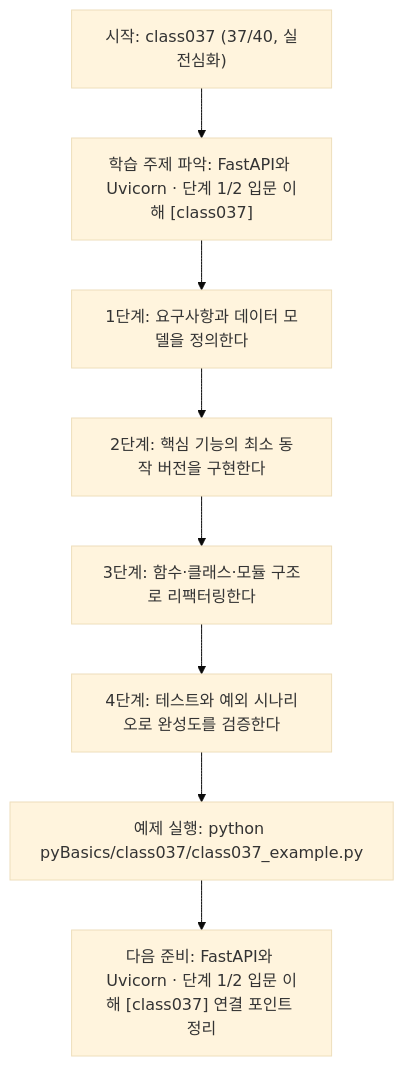
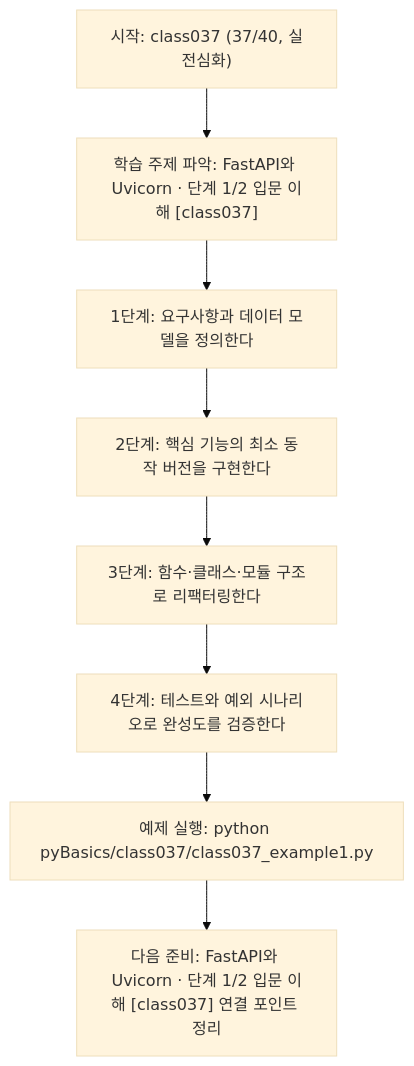
Before and after one commit to edumgt/Python-AI_Agent-Class: the diagram in pyBasics/class037/class037.md, drawn with Mermaid (base theme). The commit also changed other lines of this file and 2959 other files, not shown here.

````diff
--- a/pyBasics/class037/class037.md
+++ b/pyBasics/class037/class037.md
@@ -108,18 +108,18 @@
 ```mermaid
 flowchart TD
 N1["시작: class037 (37/40, 실전심화)"]
 N2["학습 주제 파악: FastAPI와 Uvicorn · 단계 1/2 입문 이해 [class037]"]
 N3["1단계: 요구사항과 데이터 모델을 정의한다"]
 N4["2단계: 핵심 기능의 최소 동작 버전을 구현한다"]
 N5["3단계: 함수·클래스·모듈 구조로 리팩터링한다"]
 N6["4단계: 테스트와 예외 시나리오로 완성도를 검증한다"]
-N7["예제 실행: python pyBasics/class037/class037_example.py"]
+N7["예제 실행: python pyBasics/class037/class037_example1.py"]
 N8["다음 준비: FastAPI와 Uvicorn · 단계 1/2 입문 이해 [class037] 연결 포인트 정리"]
 N1 --> N2
 N2 --> N3
 N3 --> N4
 N4 --> N5
 N5 --> N6
 N6 --> N7
 N7 --> N8
 ```
````
